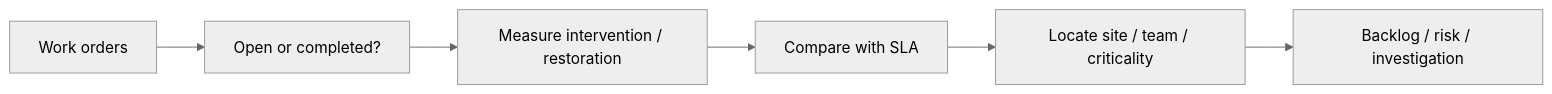
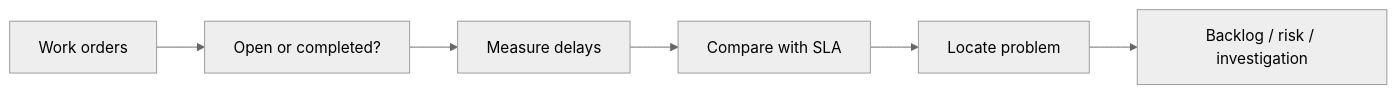
The first of 2 diagrams in powerbi-sla-penalties-portfolio/README.md (jeffersonkuku/powerbi-portfolio-projects), drawn with Mermaid (neutral theme) before and after one commit. The commit also changed other lines of this file and 5 other files, not shown here.

````diff
--- a/powerbi-sla-penalties-portfolio/README.md
+++ b/powerbi-sla-penalties-portfolio/README.md
@@ -19,8 +15,8 @@
 ```mermaid
 flowchart LR
     A[Work orders] --> B[Open or completed?]
-    B --> C[Measure intervention / restoration]
+    B --> C[Measure delays]
     C --> D[Compare with SLA]
-    D --> E[Locate site / team / criticality]
+    D --> E[Locate problem]
     E --> F[Backlog / risk / investigation]
 ```
````
